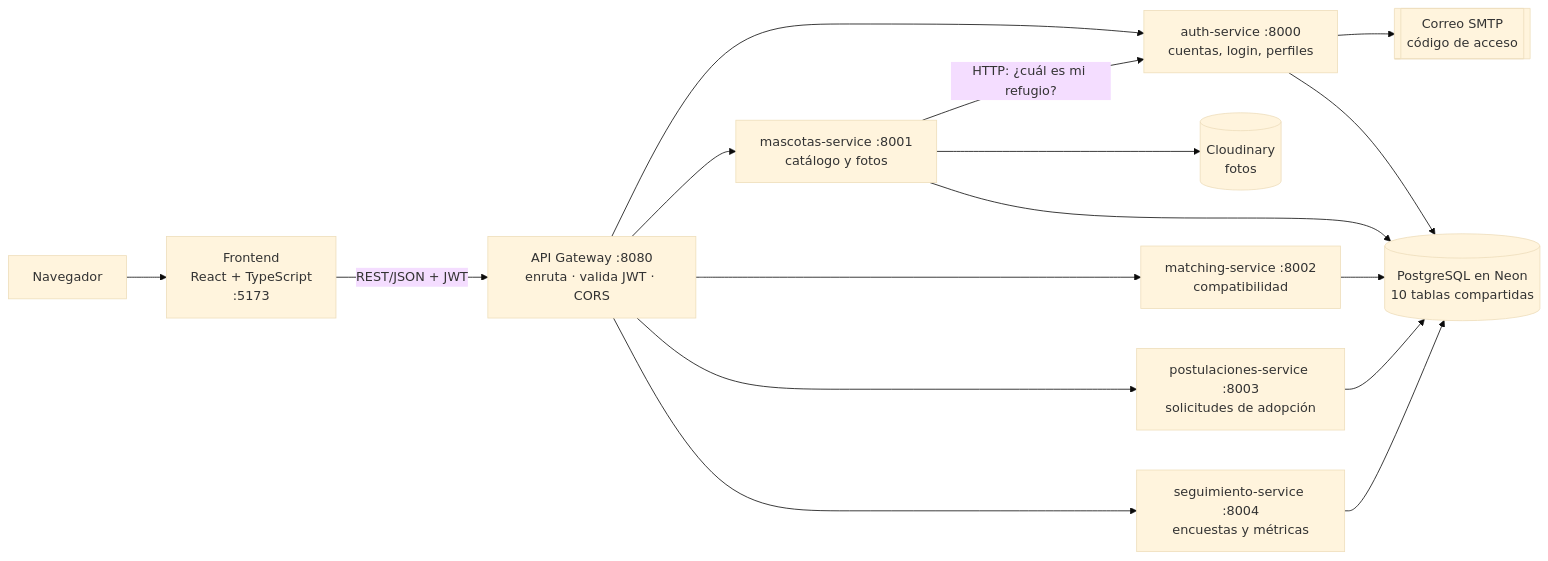
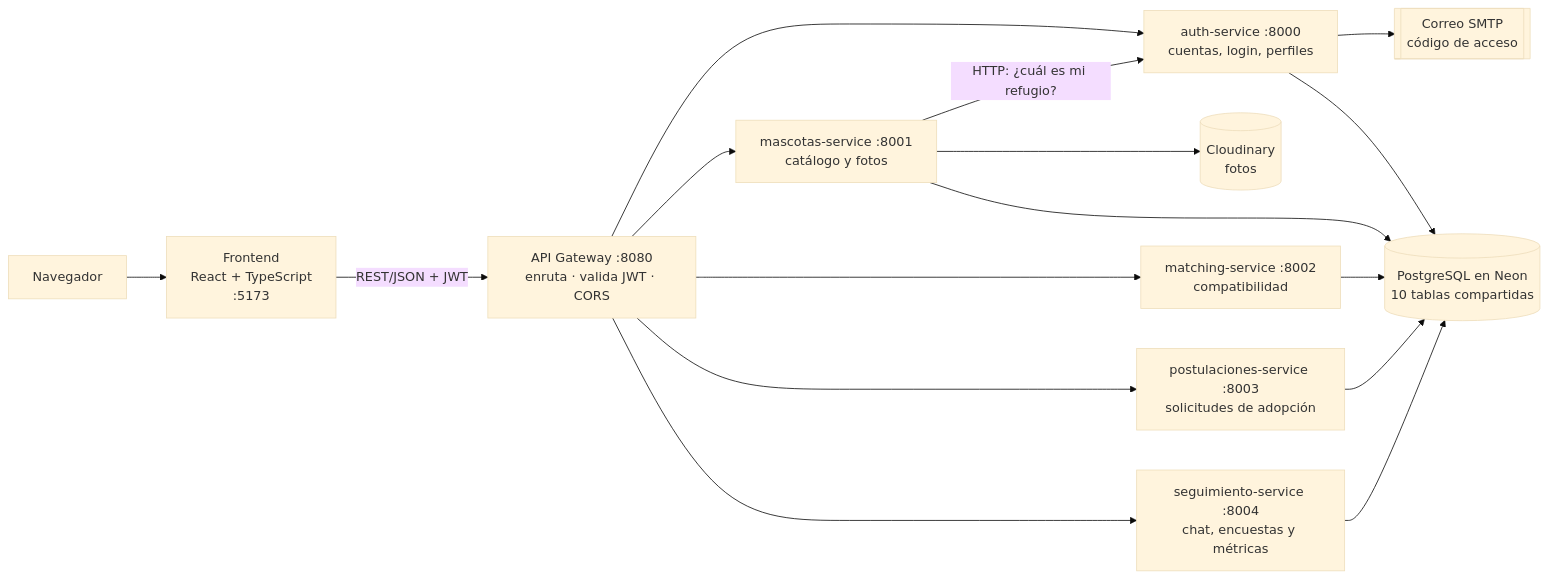
The first of 4 diagrams in GUIA_DEL_PROYECTO.md (OrlandoIsaias/CAPSTONE), drawn with Mermaid (base theme) before and after one commit. The commit also changed other lines of this file and 28 other files, not shown here.

Commit message:
Inplementacion chat de seguimiento(texto,fotos,videos)

````diff
--- a/GUIA_DEL_PROYECTO.md
+++ b/GUIA_DEL_PROYECTO.md
@@ -81,18 +82,18 @@
 ```mermaid
 flowchart LR
     U[Navegador] --> FE["Frontend<br/>React + TypeScript<br/>:5173"]
     FE -->|"REST/JSON + JWT"| GW["API Gateway :8080<br/>enruta · valida JWT · CORS"]
     GW --> AUTH["auth-service :8000<br/>cuentas, login, perfiles"]
     GW --> MAS["mascotas-service :8001<br/>catálogo y fotos"]
     GW --> MAT["matching-service :8002<br/>compatibilidad"]
     GW --> POS["postulaciones-service :8003<br/>solicitudes de adopción"]
-    GW --> SEG["seguimiento-service :8004<br/>encuestas y métricas"]
+    GW --> SEG["seguimiento-service :8004<br/>chat, encuestas y métricas"]
     MAS -->|"HTTP: ¿cuál es mi refugio?"| AUTH
     MAS --> CLD[("Cloudinary<br/>fotos")]
     AUTH --> SMTP[["Correo SMTP<br/>código de acceso"]]
     AUTH --> DB[("PostgreSQL en Neon<br/>10 tablas compartidas")]
     MAS --> DB
     MAT --> DB
     POS --> DB
     SEG --> DB
 ```
````
